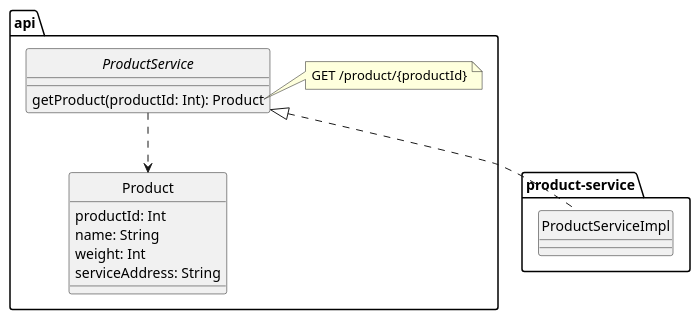
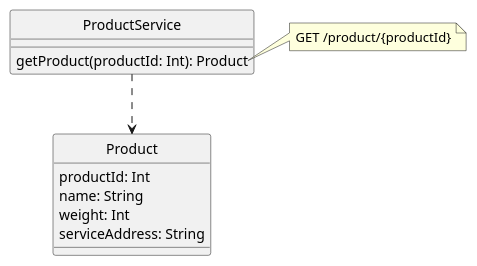
One commit to teddyprogramming/teddyprogramming.github.io changed the second of 7 diagrams in docs/kata/Microservices with Spring Boot 3 and Spring Cloud - Third Edition/3 Creating a Set of Cooperating Microservices.md. Above: the diagram before and after it, drawn with PlantUML. The commit also changed other lines of this file, not shown here.

````diff
--- a/docs/kata/Microservices with Spring Boot 3 and Spring Cloud - Third Edition/3 Creating a Set of Cooperating Microservices.md
+++ b/docs/kata/Microservices with Spring Boot 3 and Spring Cloud - Third Edition/3 Creating a Set of Cooperating Microservices.md
@@ -51,27 +59,19 @@
 ```plantuml
 hide circle
 
-package api {
-    interface ProductService {
-        getProduct(productId: Int): Product
-    }
-    note right of ProductService::getProduct
-    GET /product/{productId}
-    end note
+class ProductService {
+    getProduct(productId: Int): Product
+}
+note right of ProductService::getProduct
+GET /product/{productId}
+end note
 
-    class Product {
-        productId: Int
-        name: String
-        weight: Int
-        serviceAddress: String
-    }
-
-    ProductService ..> Product
+class Product {
+    productId: Int
+    name: String
+    weight: Int
+    serviceAddress: String
 }
 
-package product-service {
-    class ProductServiceImpl
-}
-
-ProductService <|.. ProductServiceImpl
+ProductService ..> Product
 ```
````
